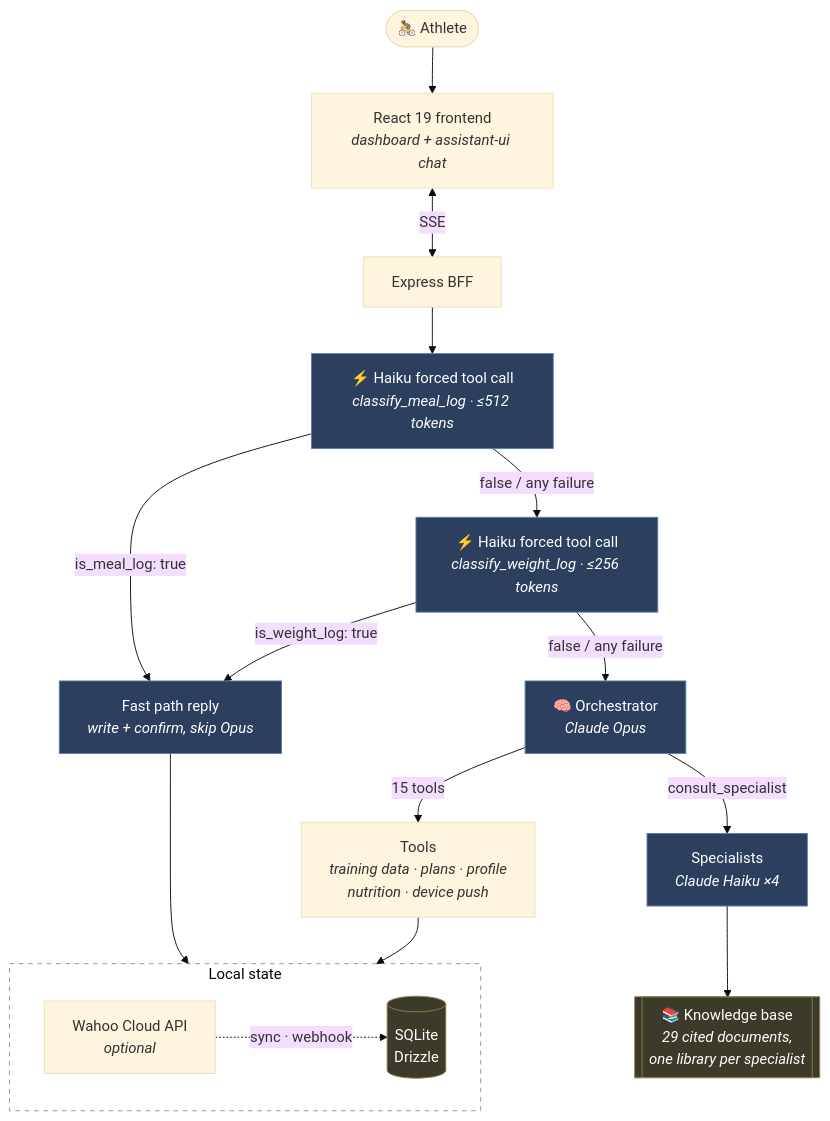
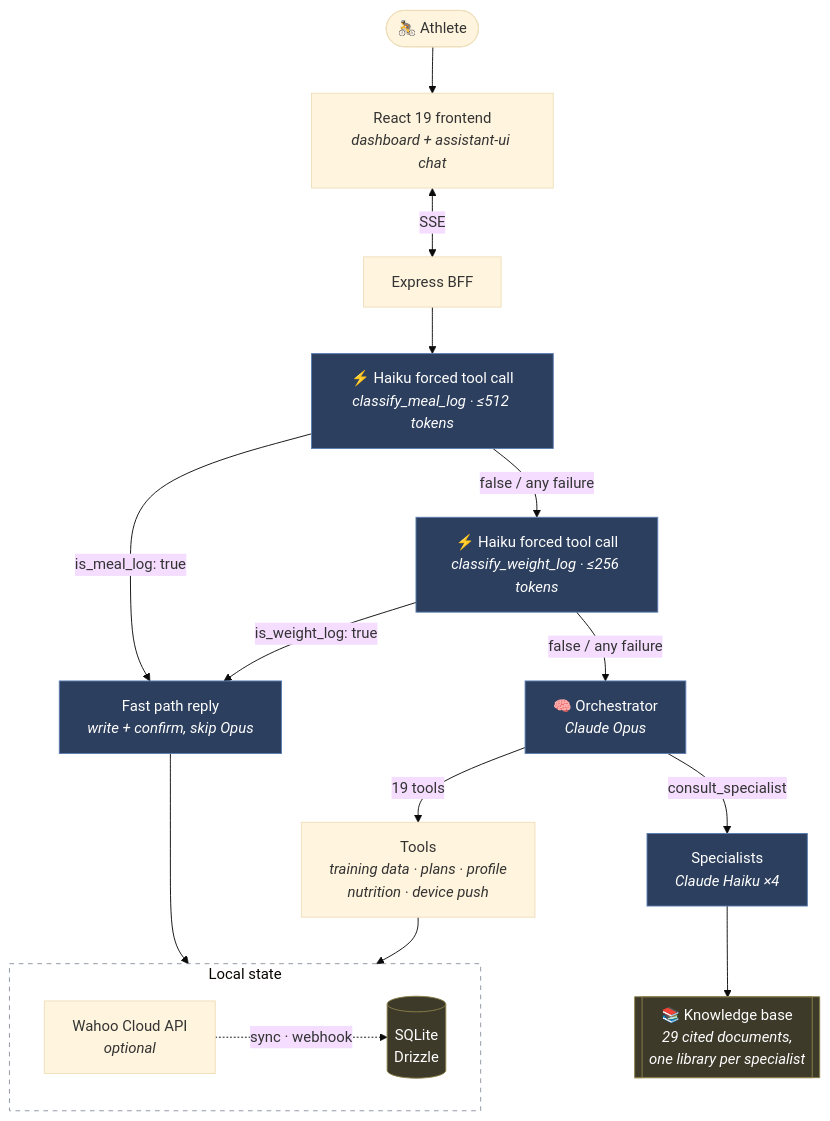
One commit to almadaocta/rumble changed the first of 2 diagrams in README.md. Above: the diagram before and after it, drawn with Mermaid (base theme). The commit also changed other lines of this file and 24 other files, not shown here.

````diff
--- a/README.md
+++ b/README.md
@@ -41,31 +41,31 @@
 ```mermaid
 flowchart TD
     User(["🚴 Athlete"]) --> FE["React 19 frontend<br/><i>dashboard + assistant-ui chat</i>"]
     FE <-->|SSE| BFF["Express BFF"]
 
     BFF --> MealTry["⚡ Haiku forced tool call<br/><i>classify_meal_log · ≤512 tokens</i>"]
     MealTry -->|"is_meal_log: true"| FastPath["Fast path reply<br/><i>write + confirm, skip Opus</i>"]
     MealTry -->|"false / any failure"| WeightTry["⚡ Haiku forced tool call<br/><i>classify_weight_log · ≤256 tokens</i>"]
     WeightTry -->|"is_weight_log: true"| FastPath
     WeightTry -->|"false / any failure"| Orch["🧠 Orchestrator<br/><i>Claude Opus</i>"]
 
-    Orch -->|15 tools| Tools["Tools<br/><i>training data · plans · profile<br/>nutrition · device push</i>"]
+    Orch -->|19 tools| Tools["Tools<br/><i>training data · plans · profile<br/>nutrition · device push</i>"]
     Orch -->|consult_specialist| Spec["Specialists<br/><i>Claude Haiku ×4</i>"]
     Spec --> KB[["📚 Knowledge base<br/><i>29 cited documents,<br/>one library per specialist</i>"]]
 
     subgraph local ["Local state"]
         direction LR
         DB[("SQLite<br/>Drizzle")]
         Wahoo["Wahoo Cloud API<br/><i>optional</i>"]
     end
 
     FastPath --> DB
     Tools --> DB
     Wahoo -.->|sync · webhook| DB
 
     classDef model fill:#2d3f5e,stroke:#5b7db1,color:#fff
     classDef store fill:#3d3a2a,stroke:#8a7f4a,color:#fff
     class Orch,Spec,FastPath,MealTry,WeightTry model
     class DB,KB store
     style local fill:none,stroke:#8b949e,stroke-dasharray:5 5
 ```
````
